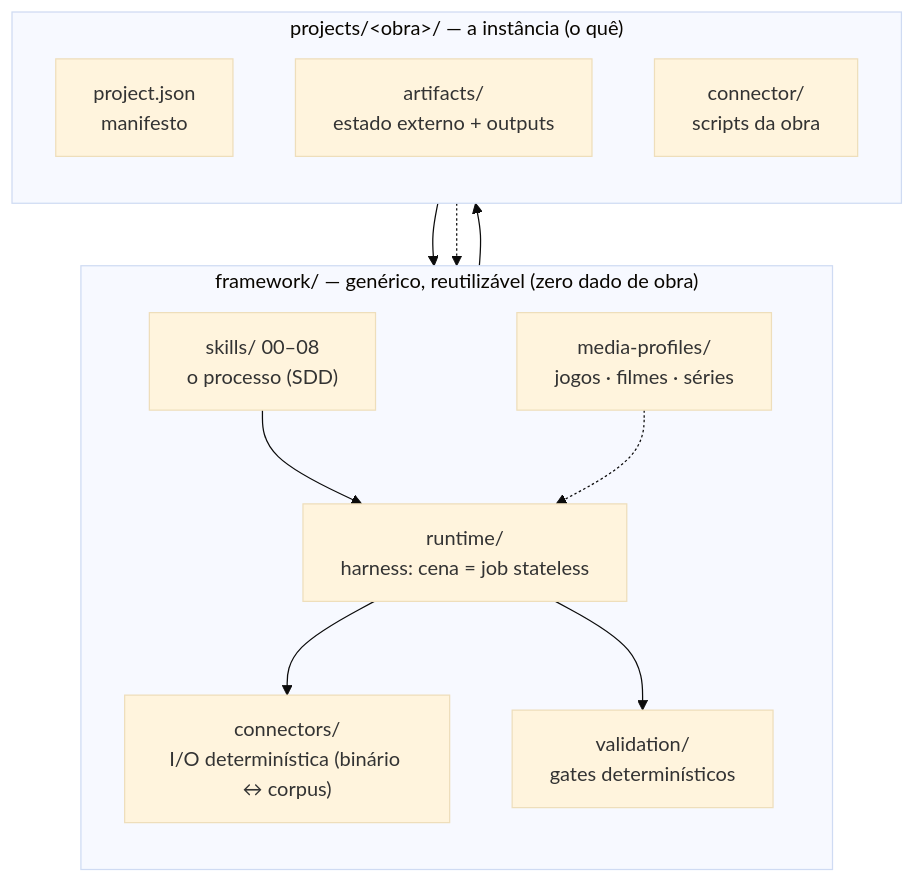
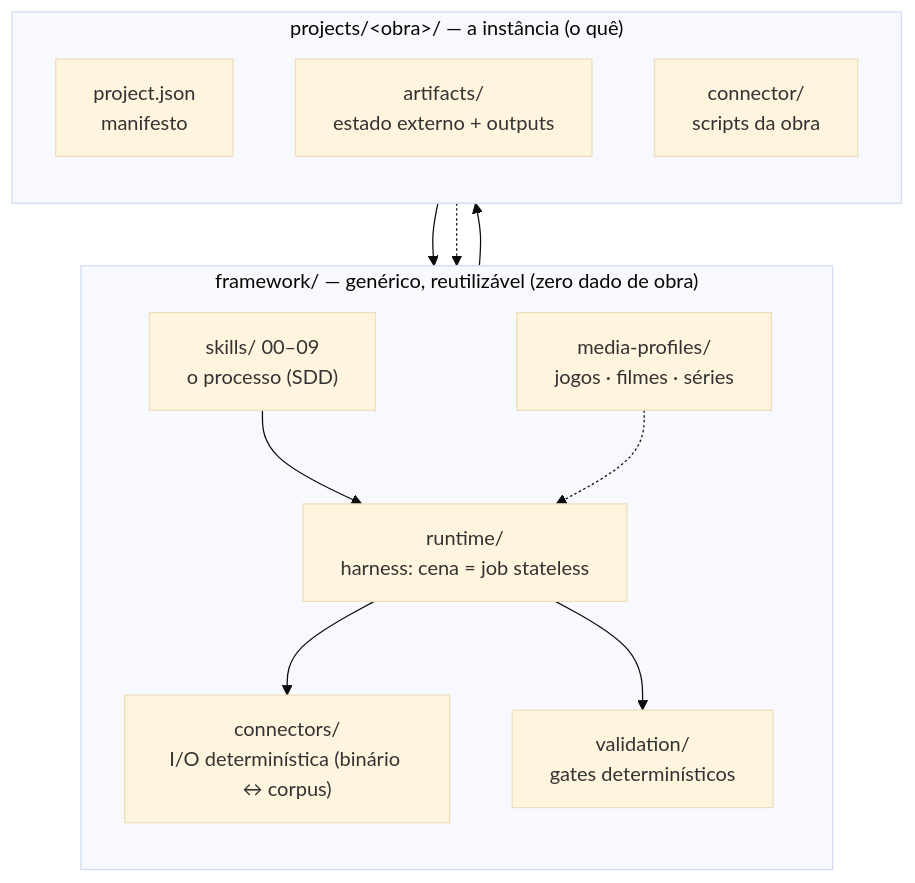
The first of 3 diagrams in docs/ARCHITECTURE.md (scudellerlemos/translation-cognition-framework), drawn with Mermaid (base theme) before and after one commit. The commit also changed other lines of this file and 31 other files, not shown here.

Commit message:
docs: auditoria geral — skills 00..09, modulos de runtime, schema do project.json, caminho de sessao, distribuicao, CI e estado do bof4

````diff
--- a/docs/ARCHITECTURE.md
+++ b/docs/ARCHITECTURE.md
@@ -35,24 +36,24 @@
 ```mermaid
 flowchart TB
   subgraph framework["framework/ — genérico, reutilizável (zero dado de obra)"]
     direction TB
-    skills["skills/ 00–08<br/>o processo (SDD)"]
+    skills["skills/ 00–09<br/>o processo (SDD)"]
     runtime["runtime/<br/>harness: cena = job stateless"]
     connectors["connectors/<br/>I/O determinística (binário ↔ corpus)"]
     validation["validation/<br/>gates determinísticos"]
     profiles["media-profiles/<br/>jogos · filmes · séries"]
   end
   subgraph project["projects/&lt;obra&gt;/ — a instância (o quê)"]
     direction TB
     manifest["project.json<br/>manifesto"]
     artifacts["artifacts/<br/>estado externo + outputs"]
     pconn["connector/<br/>scripts da obra"]
   end
   skills --> runtime
   profiles -.-> runtime
   runtime --> connectors
   runtime --> validation
   manifest --> runtime
   runtime --> artifacts
   pconn -.-> connectors
 ```
````
